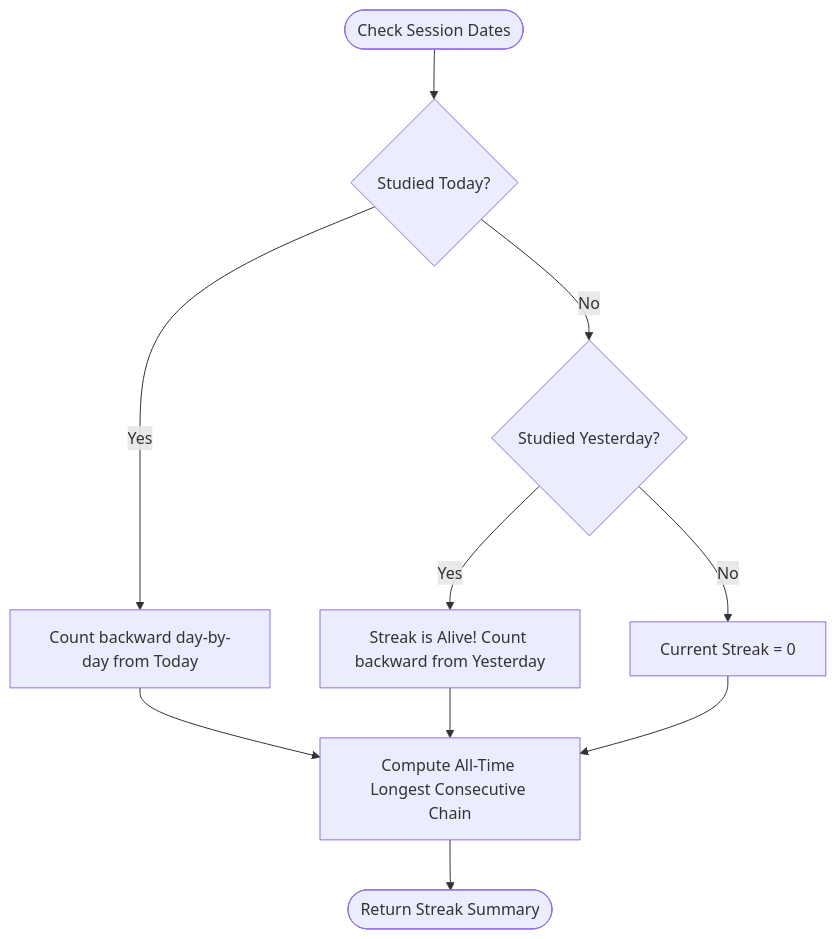
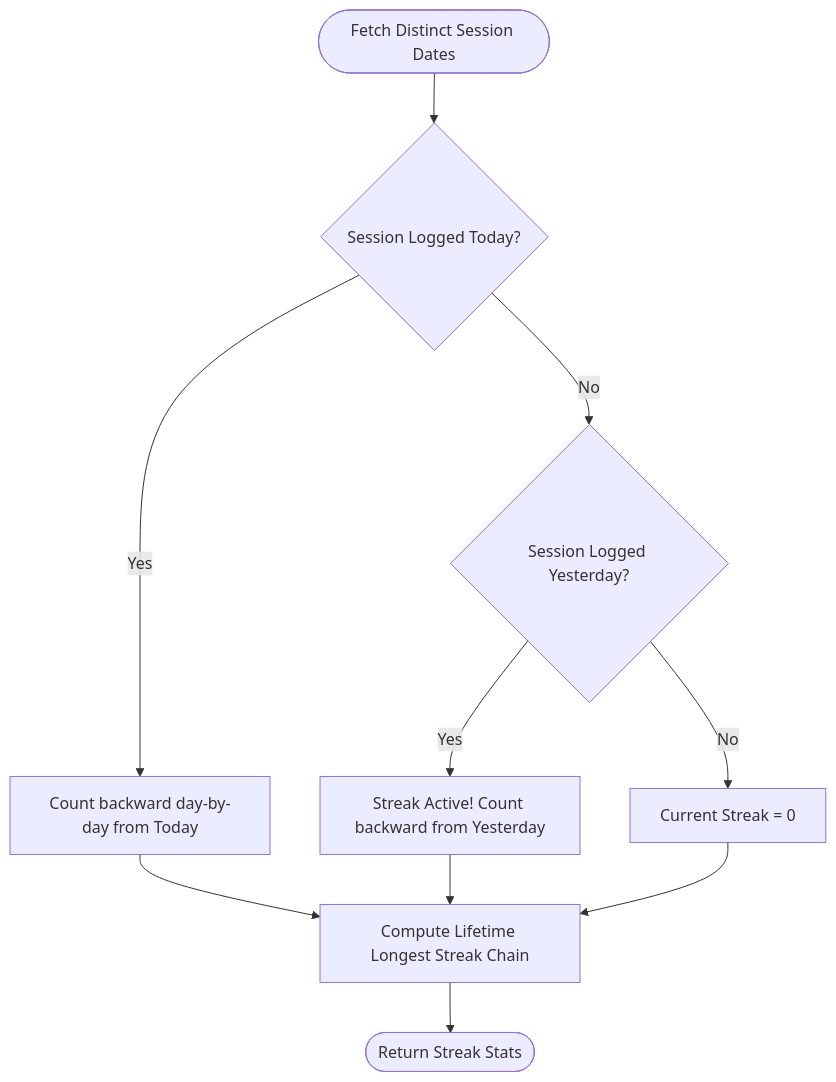
The second of 3 diagrams in README.md (Rafayet-Hossen/uiu-student-brain), drawn with Mermaid before and after one commit. The commit also changed other lines of this file, not shown here.

````diff
--- a/README.md
+++ b/README.md
@@ -187,12 +226,12 @@
 ```mermaid
 flowchart TD
-    Start([Check Session Dates]) --> CheckToday{Studied Today?}
-    CheckToday -- Yes --> LoopToday[Count backward day-by-day from Today]
-    CheckToday -- No --> CheckYesterday{Studied Yesterday?}
-    CheckYesterday -- Yes --> LoopYesterday[Streak is Alive! Count backward from Yesterday]
-    CheckYesterday -- No --> ResetZero[Current Streak = 0]
-    LoopToday --> ComputeLongest[Compute All-Time Longest Consecutive Chain]
-    LoopYesterday --> ComputeLongest
-    ResetZero --> ComputeLongest
-    ComputeLongest --> End([Return Streak Summary])
+    Start([Fetch Distinct Session Dates]) --> CheckToday{Session Logged Today?}
+    CheckToday -- Yes --> CountFromToday[Count backward day-by-day from Today]
+    CheckToday -- No --> CheckYesterday{Session Logged Yesterday?}
+    CheckYesterday -- Yes --> CountFromYesterday[Streak Active! Count backward from Yesterday]
+    CheckYesterday -- No --> ResetStreak[Current Streak = 0]
+    CountFromToday --> MaxStreakCalc[Compute Lifetime Longest Streak Chain]
+    CountFromYesterday --> MaxStreakCalc
+    ResetStreak --> MaxStreakCalc
+    MaxStreakCalc --> ReturnSummary([Return Streak Stats])
 ```
````
